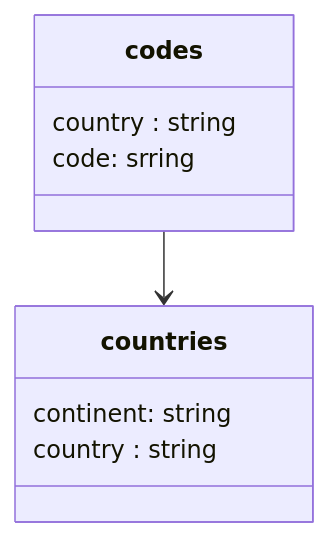
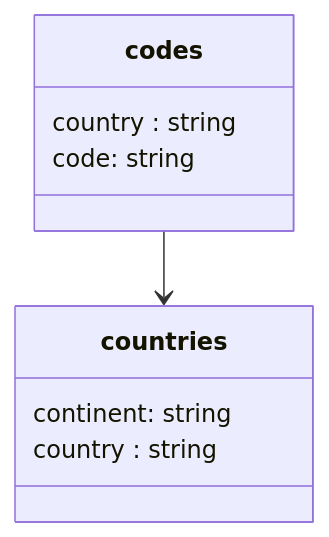
Before and after one commit to hbroeze/ptse: the diagram in Welcome file.2.md, drawn with Mermaid. The commit also changed other lines of this file, not shown here.

````diff
--- a/Welcome file.2.md
+++ b/Welcome file.2.md
@@ -2,12 +2,12 @@
 ```mermaid
 classDiagram
 class countries {
 continent: string
 country : string
 }
 class codes {
 country : string
-code: srring
+code: string
 }
 codes --< countries
 ```
````
